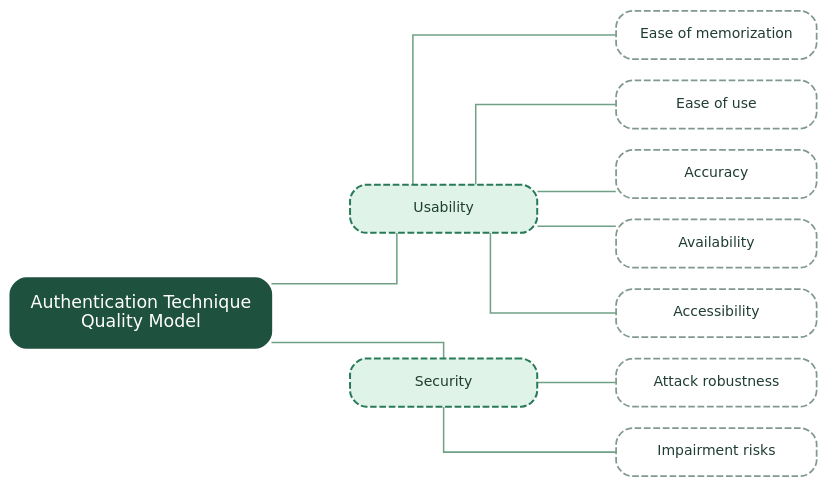
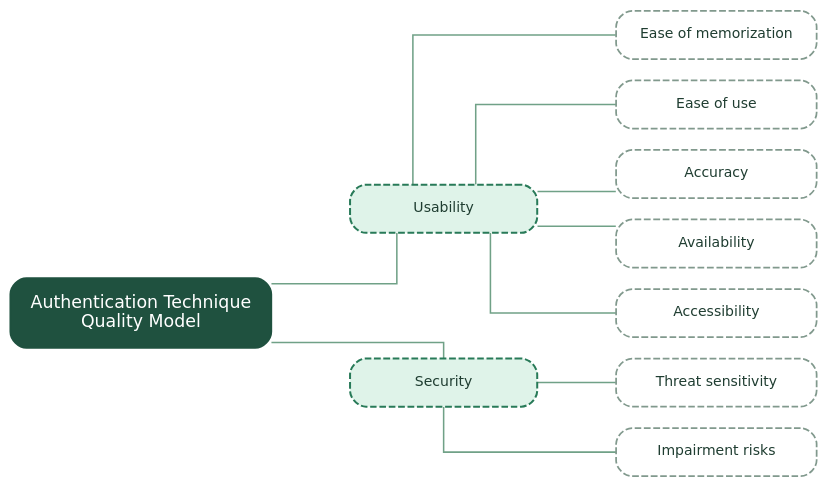
One commit to aqua-authentication/AQUA changed the diagram in trees/technique-tree.dot. Above: the diagram before and after it, drawn with Graphviz. The commit also changed 38 other files, not shown here.

```diff
--- a/trees/technique-tree.dot
+++ b/trees/technique-tree.dot
@@ -1,69 +1,69 @@
 digraph QualityModel {
   graph [
     rankdir=LR,
     bgcolor="transparent",
     pad="0.14",
     margin="0.03",
     nodesep="0.22",
     ranksep="0.82",
     splines=ortho,
     outputorder=edgesfirst,
     ordering=out
   ];
 
   node [
     shape=box,
     style="rounded,filled",
     fontname="DejaVu Sans",
     fontsize=10.5,
     color="#81998d",
     fontcolor="#1f3d31",
     penwidth=1.05,
     margin="0.18,0.11"
   ];
 
   edge [
     dir=none,
     color="#70a187",
     penwidth=1.15
   ];
 
   Root [
     label="Authentication Technique\nQuality Model",
     fillcolor="#1f513f",
     fontcolor="white",
     color="#1f513f",
     fontsize=13,
     penwidth=1.5,
     width=2.40,
     height=0.72
   ];
 
   // Quality factors
   Usability [label="Usability", fillcolor="#dff3e9", color="#287a58", penwidth=1.5, width=1.95, style="rounded,filled,dashed"];
   Security  [label="Security", fillcolor="#dff3e9", color="#287a58", penwidth=1.5, width=1.95, style="rounded,filled,dashed"];
   
   // Quality subfactors
   EaseOfMemorization         [label="Ease of memorization",        fillcolor="white", width=2.08, style="rounded,filled,dashed", penwidth=1.3];
   EaseOfUse                  [label="Ease of use",                 fillcolor="white", width=2.08, style="rounded,filled,dashed", penwidth=1.3];
   Accuracy                   [label="Accuracy",                    fillcolor="white", width=2.08, style="rounded,filled,dashed", penwidth=1.3];
   Availability               [label="Availability",                fillcolor="white", width=2.08, style="rounded,filled,dashed", penwidth=1.3];
   Accessibility              [label="Accessibility",               fillcolor="white", width=2.08, style="rounded,filled,dashed", penwidth=1.3];
 
 
-  AttackRobustness           [label="Attack robustness",          fillcolor="white", width=2.08, style="rounded,filled,dashed", penwidth=1.3];
+  ThreatSensitivity           [label="Threat sensitivity",          fillcolor="white", width=2.08, style="rounded,filled,dashed", penwidth=1.3];
   ImpairmentRisks            [label="Impairment risks",            fillcolor="white", width=2.08, style="rounded,filled,dashed", penwidth=1.3];
 
 
   Root -> Usability;
   Root -> Security;
 
   Usability -> EaseOfMemorization;
   Usability -> EaseOfUse;
   Usability -> Accuracy;
   Usability -> Availability;
   Usability -> Accessibility;
 
-  Security -> AttackRobustness;
+  Security -> ThreatSensitivity;
   Security -> ImpairmentRisks;
 }
```
